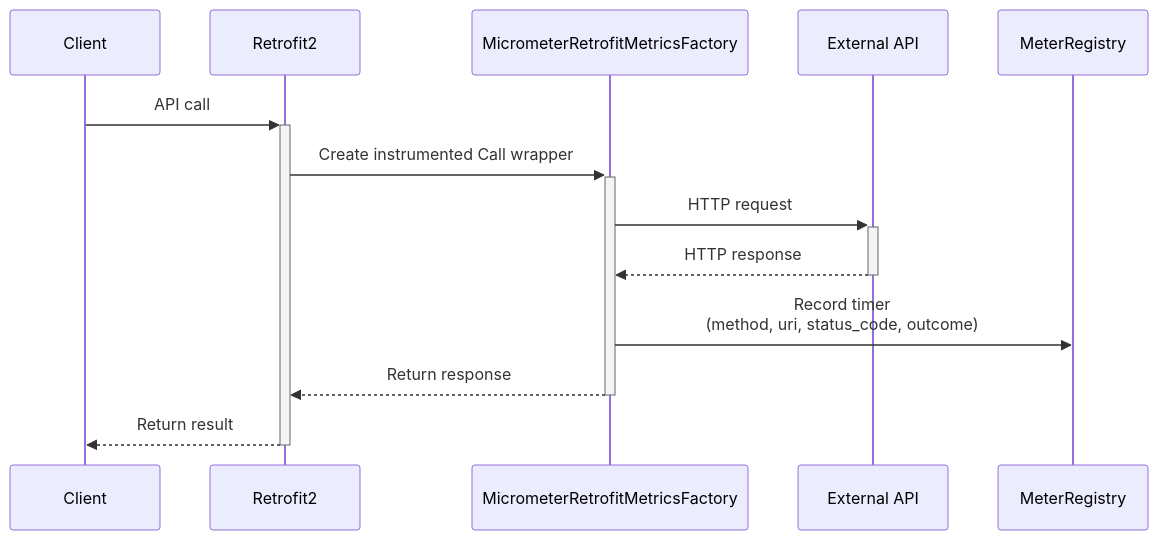
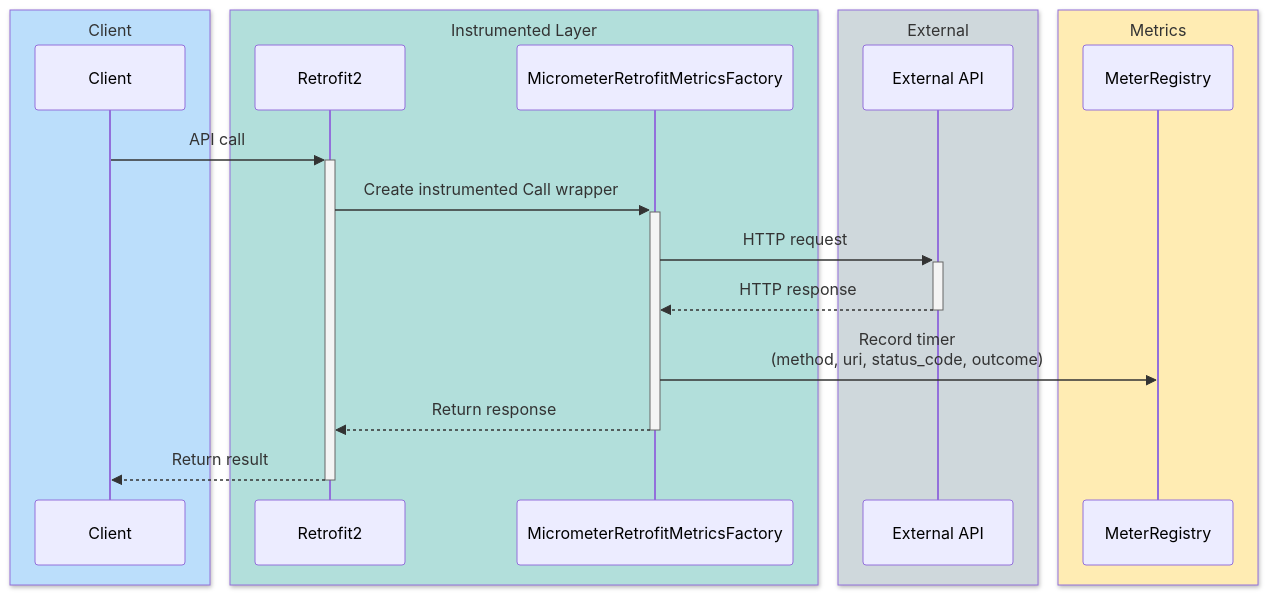
Before and after one commit to bluetape4k/bluetape4k-projects: the third of 4 diagrams in infra/micrometer/README.md, drawn with Mermaid. The commit also changed other lines of this file and 221 other files, not shown here.

First line of the commit message:
docs: 전체 모듈 README UML 다이어그램 보강 및 색상 업그레이드

````diff
--- a/infra/micrometer/README.md
+++ b/infra/micrometer/README.md
@@ -322,16 +337,24 @@
 ```mermaid
 sequenceDiagram
+    box rgb(187,222,251) Client
     participant Client as Client
+    end
+    box rgb(178,223,219) Instrumented Layer
     participant Retrofit as Retrofit2
     participant Metrics as MicrometerRetrofitMetricsFactory
+    end
+    box rgb(207,216,220) External
     participant API as External API
+    end
+    box rgb(255,236,179) Metrics
     participant Registry as MeterRegistry
+    end
 
     Client->>+Retrofit: API call
     Retrofit->>+Metrics: Create instrumented Call wrapper
     Metrics->>+API: HTTP request
     API-->>-Metrics: HTTP response
     Metrics->>Registry: Record timer<br/>(method, uri, status_code, outcome)
     Metrics-->>-Retrofit: Return response
     Retrofit-->>-Client: Return result
 ```
````
